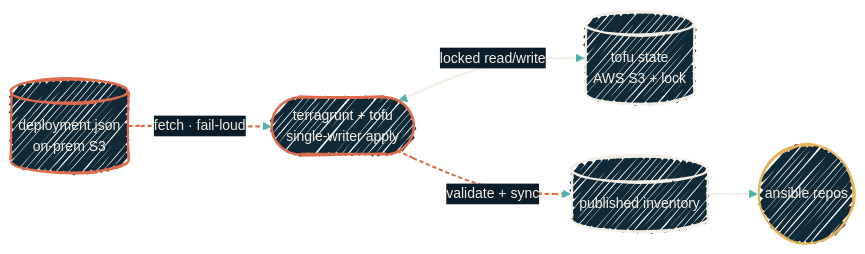
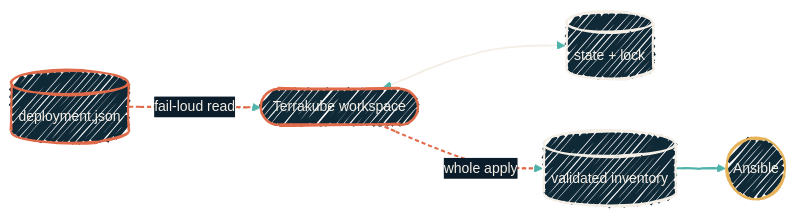
The diagram in infrastructure/deployment-state-contract.mdx (dryvist/docs), drawn with Mermaid before and after one commit. The commit also changed other lines of this file and 17 other files, not shown here.

````diff
--- a/infrastructure/deployment-state-contract.mdx
+++ b/infrastructure/deployment-state-contract.mdx
@@ -26,31 +20,26 @@
 ```mermaid
 %%{init: {'theme':'base','look':'handDrawn','themeVariables':{'fontFamily':'Geist','fontSize':'14px','primaryColor':'#102937','primaryTextColor':'#F4EFE6','primaryBorderColor':'#4FB3A9','lineColor':'#4FB3A9','secondaryColor':'#0B1D2A','tertiaryColor':'#1A2A38','clusterBkg':'rgba(79,179,169,0.08)','clusterBorder':'#4FB3A9'}}}%%
 flowchart LR
-  DJ[(deployment.json<br/>on-prem S3)]
-  TG([terragrunt + tofu<br/>single-writer apply])
-  ST[(tofu state<br/>AWS S3 + lock)]
-  INV[(published inventory)]
-  ANS((ansible repos))
+  DJ[(deployment.json)]
+  TK([Terrakube workspace])
+  ST[(state + lock)]
+  INV[(validated inventory)]
+  ANS((Ansible))
 
-  DJ -->|fetch · fail-loud| TG
-  TG <-->|locked read/write| ST
-  TG -->|validate + sync| INV
+  DJ -->|fail-loud read| TK
+  TK <--> ST
+  TK -->|whole apply| INV
   INV --> ANS
 
-  classDef src      fill:#102937,stroke:#E06B4A,stroke-width:2px,color:#F4EFE6;
-  classDef gate     fill:#102937,stroke:#E06B4A,stroke-width:2.5px,color:#F4EFE6;
-  classDef sink     fill:#102937,stroke:#F4EFE6,stroke-width:2px,color:#F4EFE6;
+  classDef src fill:#102937,stroke:#E06B4A,stroke-width:2px,color:#F4EFE6;
+  classDef gate fill:#102937,stroke:#E06B4A,stroke-width:2.5px,color:#F4EFE6;
+  classDef sink fill:#102937,stroke:#F4EFE6,stroke-width:2px,color:#F4EFE6;
   classDef external fill:#102937,stroke:#E6B35A,stroke-width:2px,color:#F4EFE6;
-
   class DJ src
-  class TG gate
+  class TK gate
   class ST,INV sink
   class ANS external
-
-  click TG "/infrastructure/repos/tofu-proxmox" "The repo that applies this"
-  click ANS "/infrastructure/repos/ansible-proxmox" "Inventory consumers"
-
   linkStyle 0,2 stroke:#E06B4A,stroke-width:2px,stroke-dasharray:4 3;
-  linkStyle 1 stroke:#F4EFE6,stroke-width:2px;
-  linkStyle 3 stroke:#F4EFE6,stroke-width:1.5px;
+  linkStyle 1 stroke:#F4EFE6,stroke-width:1.5px;
+  linkStyle 3 stroke:#4FB3A9,stroke-width:2px;
 ```
````
